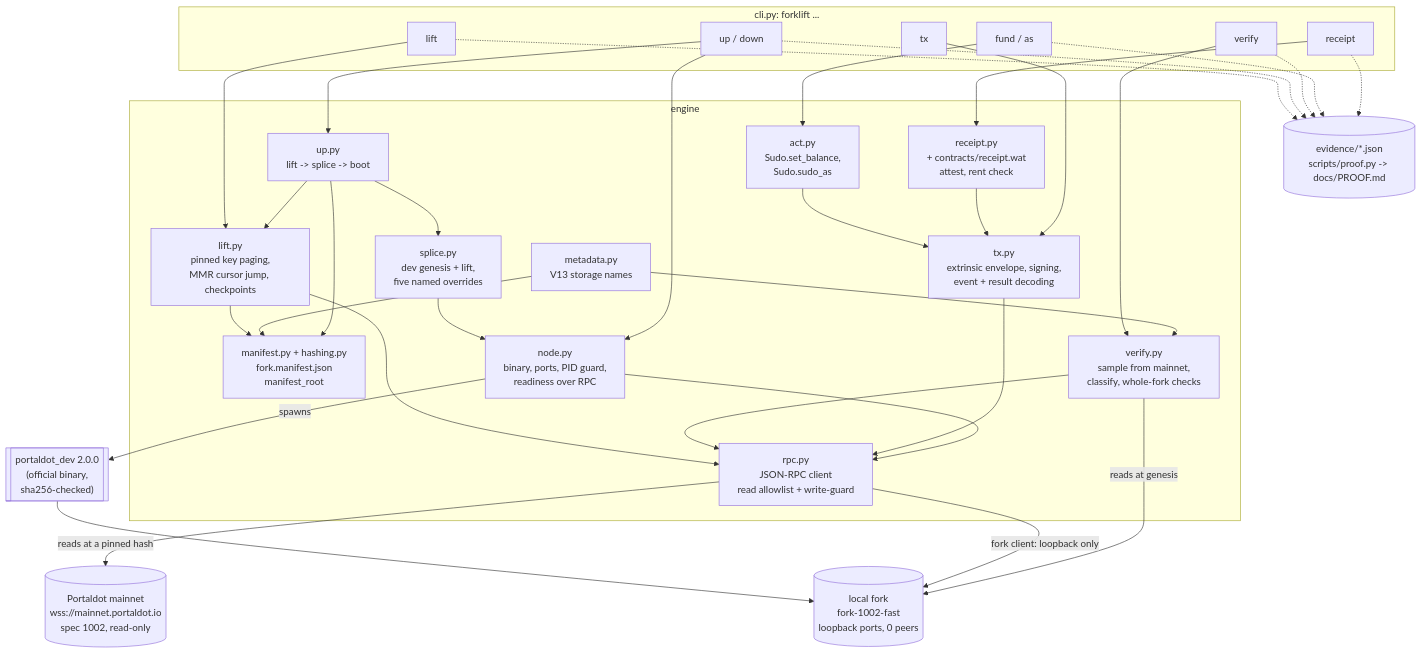
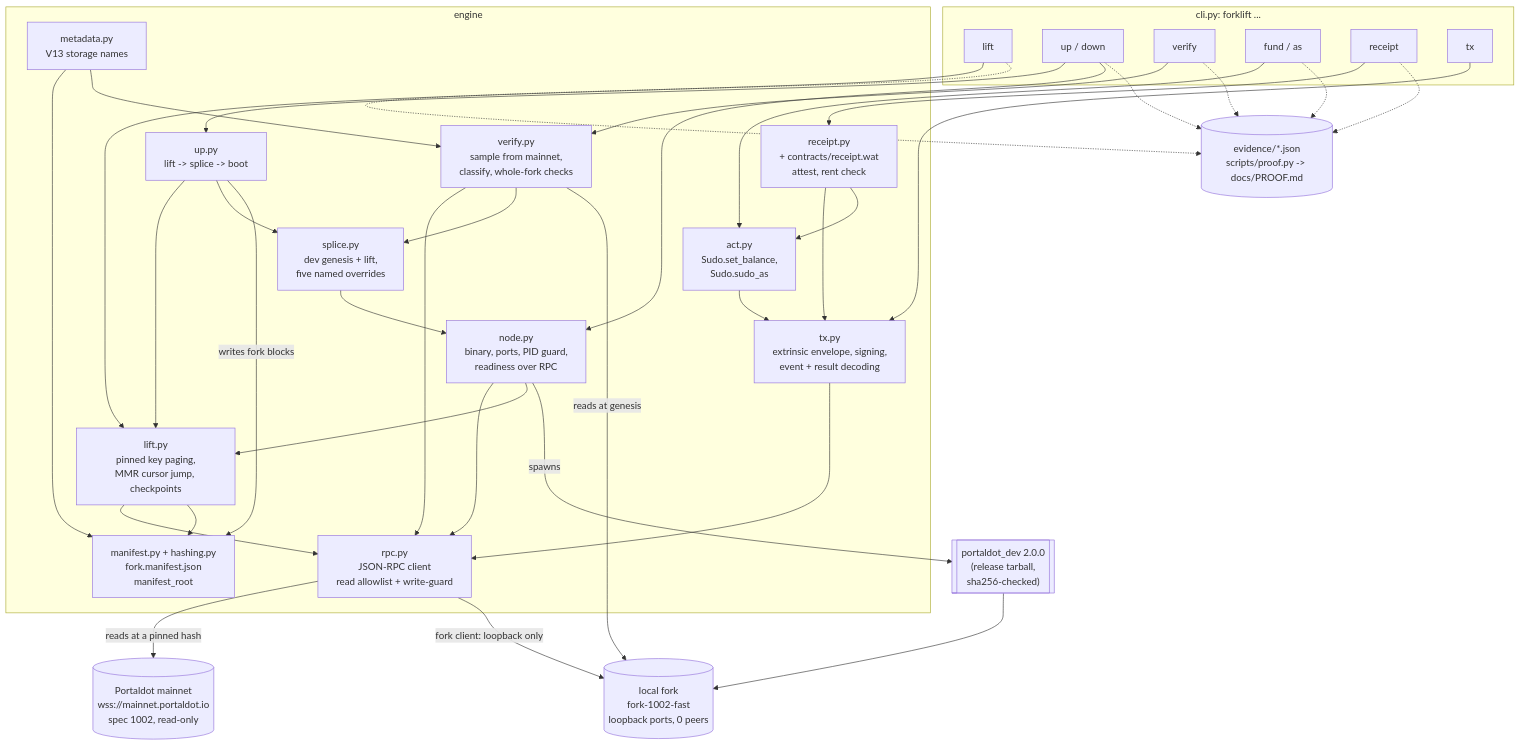
Before and after one commit to edycutjong/portaldot-hackathon-2026-forklift-edycu: the diagram in ARCHITECTURE.md, drawn with Mermaid. The commit also changed other lines of this file and 11 other files, not shown here.

Commit message:
QA round 1: describe the fork as mainnet state on the dev runtime, name the node release without 'official', first-new-block timing label, per-command --json/--evidence, DX report evidence

````diff
--- a/ARCHITECTURE.md
+++ b/ARCHITECTURE.md
@@ -13,57 +13,60 @@
 ```mermaid
 flowchart TB
     MN[("Portaldot mainnet\nwss://mainnet.portaldot.io\nspec 1002, read-only")]
-    BIN[["portaldot_dev 2.0.0\n(official binary,\nsha256-checked)"]]
+    BIN[["portaldot_dev 2.0.0\n(release tarball,\nsha256-checked)"]]
     FORK[("local fork\nfork-1002-fast\nloopback ports, 0 peers")]
 
     subgraph cli["cli.py: forklift ..."]
       C_LIFT["lift"]
       C_UP["up / down"]
       C_VER["verify"]
       C_ACT["fund / as"]
       C_REC["receipt"]
       C_TX["tx"]
     end
 
     subgraph engine["engine"]
       RPC["rpc.py\nJSON-RPC client\nread allowlist + write-guard"]
       LIFT["lift.py\npinned key paging,\nMMR cursor jump, checkpoints"]
       META["metadata.py\nV13 storage names"]
       MAN["manifest.py + hashing.py\nfork.manifest.json\nmanifest_root"]
       SPL["splice.py\ndev genesis + lift,\nfive named overrides"]
       NODE["node.py\nbinary, ports, PID guard,\nreadiness over RPC"]
       UP["up.py\nlift -> splice -> boot"]
       VER["verify.py\nsample from mainnet,\nclassify, whole-fork checks"]
       TX["tx.py\nextrinsic envelope, signing,\nevent + result decoding"]
       ACT["act.py\nSudo.set_balance,\nSudo.sudo_as"]
       REC["receipt.py\n+ contracts/receipt.wat\nattest, rent check"]
     end
 
     EV[("evidence/*.json\nscripts/proof.py -> docs/PROOF.md")]
 
     C_LIFT --> LIFT
     C_UP --> UP --> LIFT
     UP --> SPL --> NODE
     C_UP --> NODE
     C_VER --> VER
     C_ACT --> ACT --> TX
     C_REC --> REC --> TX
     C_TX --> TX
     LIFT --> RPC
     VER --> RPC
     TX --> RPC
     NODE --> RPC
     LIFT --> MAN
     META --> MAN
     META --> VER
-    UP --> MAN
+    UP -- "writes fork blocks" --> MAN
+    VER --> SPL
+    NODE --> LIFT
+    REC --> ACT
     RPC -- "reads at a pinned hash" --> MN
     NODE -- "spawns" --> BIN --> FORK
     RPC -- "fork client: loopback only" --> FORK
     VER -- "reads at genesis" --> FORK
     C_LIFT -.-> EV
     C_UP -.-> EV
     C_VER -.-> EV
     C_ACT -.-> EV
     C_REC -.-> EV
 ```
````
